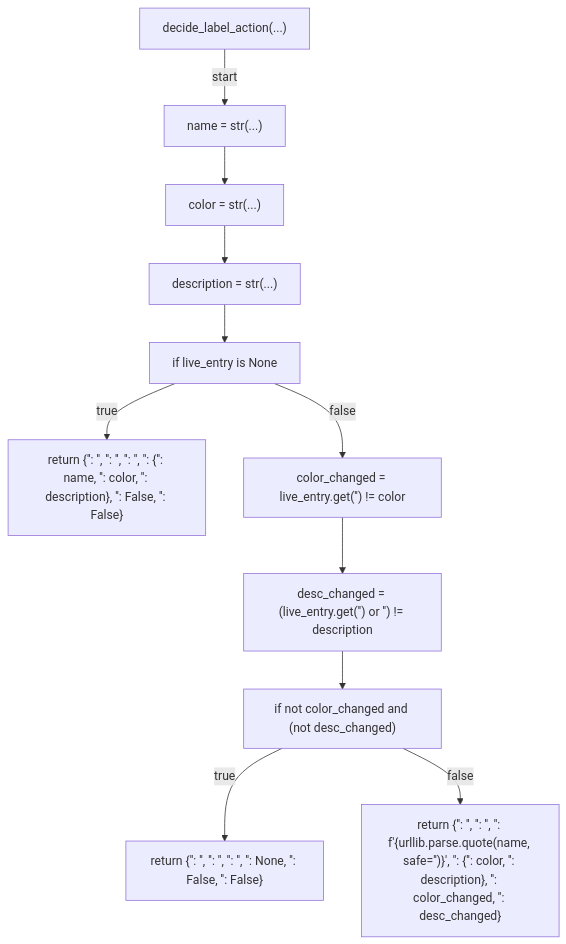
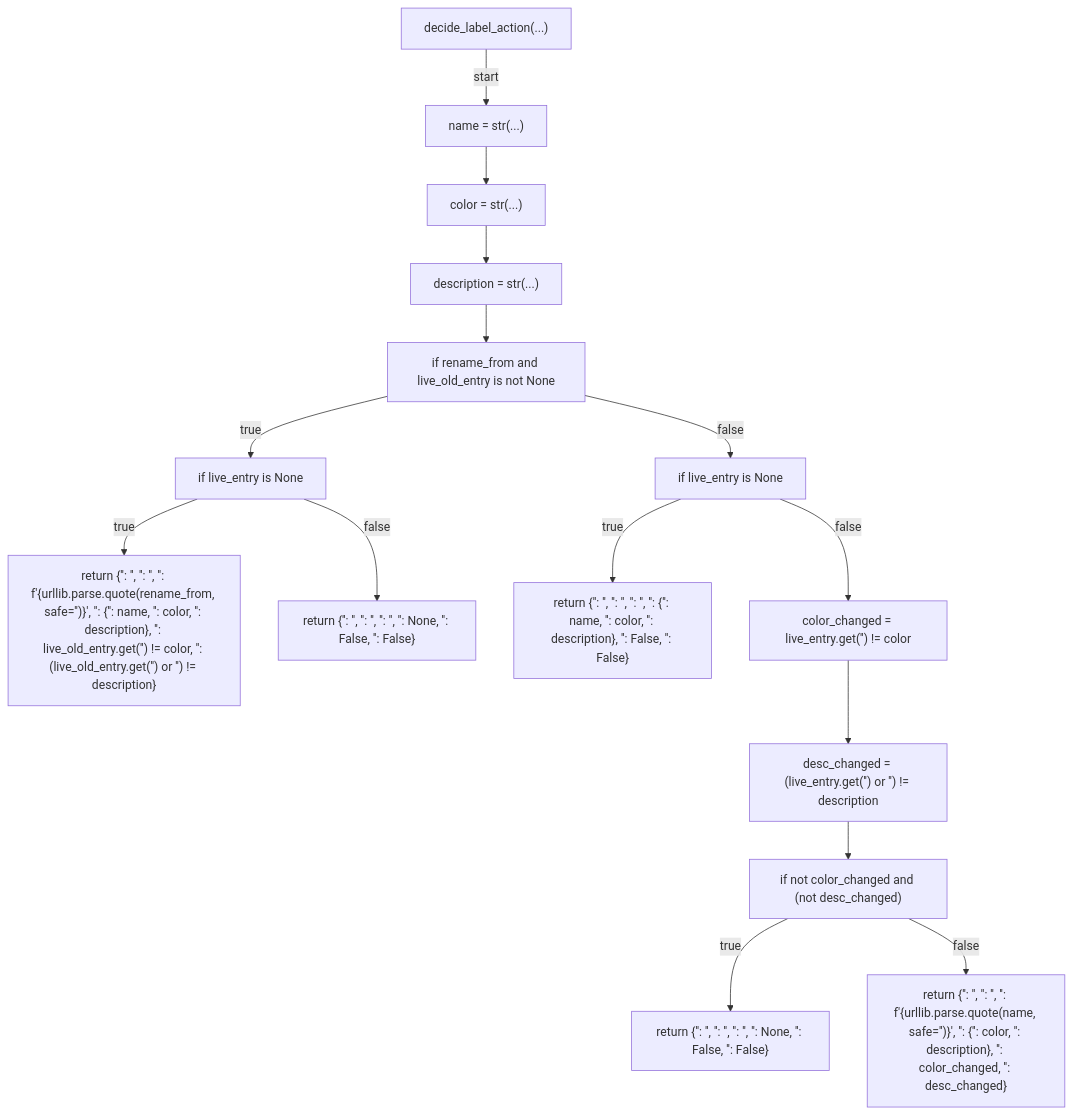
One commit to tvna/claude-md changed the second of 17 diagrams in docs/generated/scripts/ast/labels_apply.md. Above: the diagram before and after it, drawn with Mermaid. The commit also changed other lines of this file and 2 other files, not shown here.

First line of the commit message:
docs(generated): regenerate decision tree and workflow diagrams

````diff
--- a/docs/generated/scripts/ast/labels_apply.md
+++ b/docs/generated/scripts/ast/labels_apply.md
@@ -22,24 +22,32 @@
 ```mermaid
 flowchart TD
     N001["decide_label_action(...)"]
     N002["name = str(...)"]
     N003["color = str(...)"]
     N004["description = str(...)"]
-    N005["if live_entry is None"]
-    N006["return {'<str>': '<str>', '<str>': '<str>', '<str>': '<str>', '<str>': {'<str>': name, '<str>': color, '<str>': description}, '<str>': False, '<str>': False}"]
-    N007["color_changed = live_entry.get('<str>') != color"]
-    N008["desc_changed = (live_entry.get('<str>') or '<str>') != description"]
-    N009["if not color_changed and (not desc_changed)"]
-    N010["return {'<str>': '<str>', '<str>': '<str>', '<str>': '<str>', '<str>': None, '<str>': False, '<str>': False}"]
-    N011["return {'<str>': '<str>', '<str>': '<str>', '<str>': f'<str>{urllib.parse.quote(name, safe='<str>')}', '<str>': {'<str>': color, '<str>': description}, '<str>': color_changed, '<str>': desc_changed}"]
+    N005["if rename_from and live_old_entry is not None"]
+    N006["if live_entry is None"]
+    N007["return {'<str>': '<str>', '<str>': '<str>', '<str>': f'<str>{urllib.parse.quote(rename_from, safe='<str>')}', '<str>': {'<str>': name, '<str>': color, '<str>': description}, '<str>': live_old_entry.get('<str>') != color, '<str>': (live_old_entry.get('<str>') or '<str>') != description}"]
+    N008["return {'<str>': '<str>', '<str>': '<str>', '<str>': '<str>', '<str>': None, '<str>': False, '<str>': False}"]
+    N009["if live_entry is None"]
+    N010["return {'<str>': '<str>', '<str>': '<str>', '<str>': '<str>', '<str>': {'<str>': name, '<str>': color, '<str>': description}, '<str>': False, '<str>': False}"]
+    N011["color_changed = live_entry.get('<str>') != color"]
+    N012["desc_changed = (live_entry.get('<str>') or '<str>') != description"]
+    N013["if not color_changed and (not desc_changed)"]
+    N014["return {'<str>': '<str>', '<str>': '<str>', '<str>': '<str>', '<str>': None, '<str>': False, '<str>': False}"]
+    N015["return {'<str>': '<str>', '<str>': '<str>', '<str>': f'<str>{urllib.parse.quote(name, safe='<str>')}', '<str>': {'<str>': color, '<str>': description}, '<str>': color_changed, '<str>': desc_changed}"]
     N001 -->|"start"| N002
     N002 --> N003
     N003 --> N004
     N004 --> N005
     N005 -->|"true"| N006
-    N005 -->|"false"| N007
-    N007 --> N008
-    N008 --> N009
+    N006 -->|"true"| N007
+    N006 -->|"false"| N008
+    N005 -->|"false"| N009
     N009 -->|"true"| N010
     N009 -->|"false"| N011
+    N011 --> N012
+    N012 --> N013
+    N013 -->|"true"| N014
+    N013 -->|"false"| N015
 ```
````
